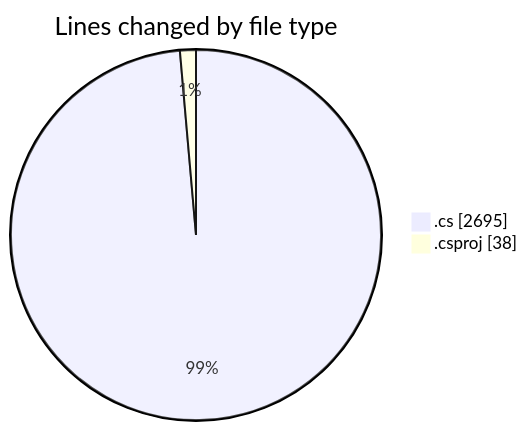
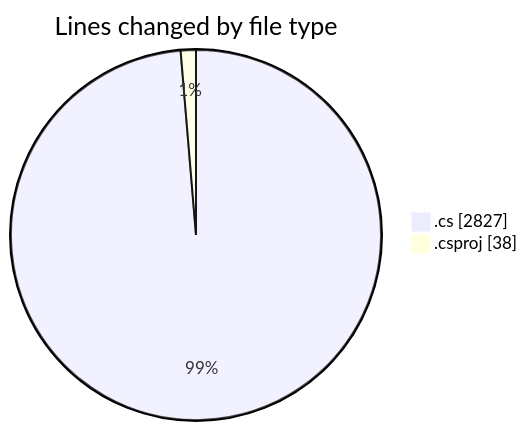
Before and after one commit to Netris89/code-tracking: the first of 2 diagrams in 2025-04-02/back-end/README.md, drawn with Mermaid. The commit also changed other lines of this file and 1 other file, not shown here.

````diff
--- a/2025-04-02/back-end/README.md
+++ b/2025-04-02/back-end/README.md
@@ -31,6 +32,6 @@
 ```mermaid
 pie showData
 title Lines changed by file type
-".cs" : 2695
+".cs" : 2827
 ".csproj" : 38
 ```
````
